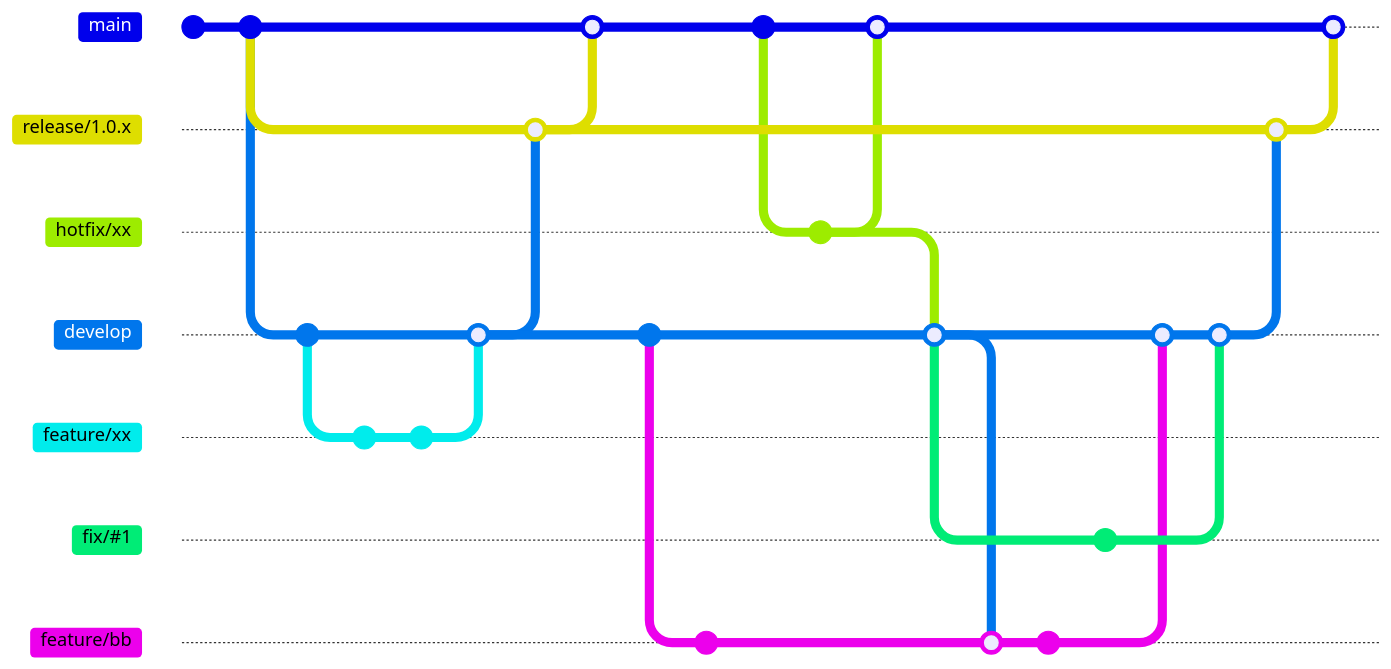
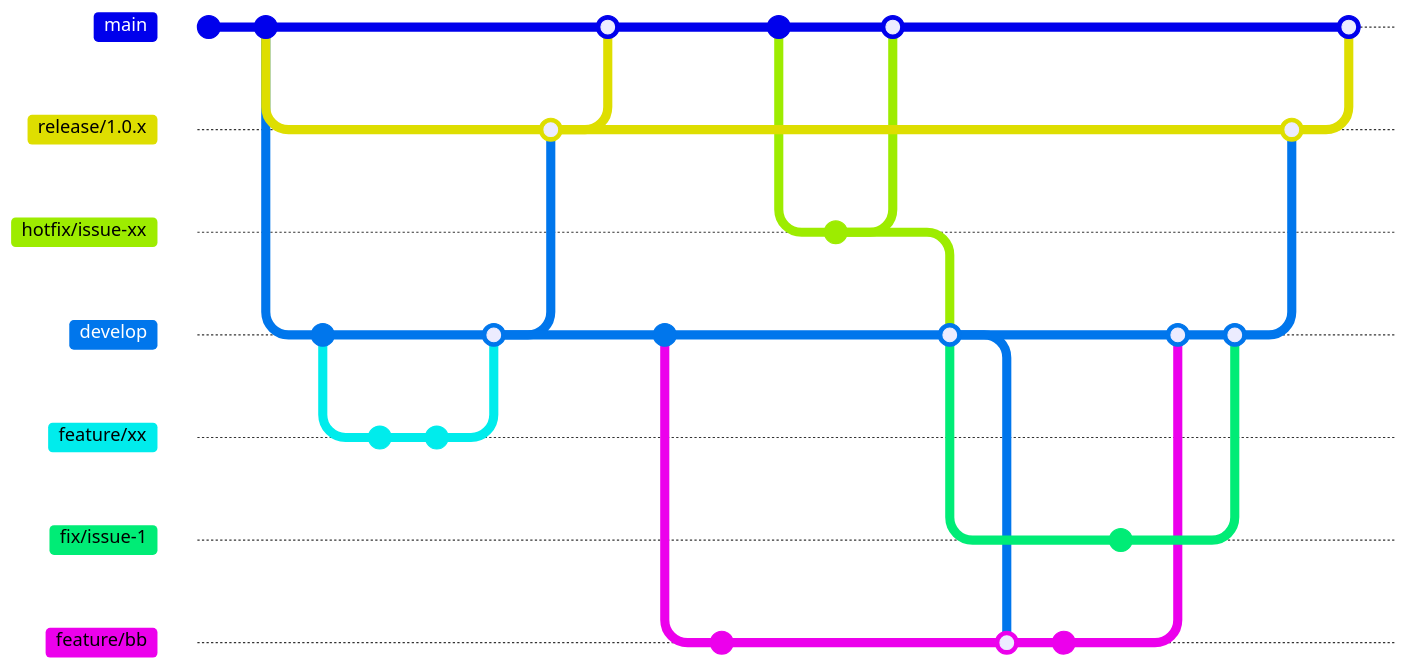
Before and after one commit to naoido/neko-bot: the diagram in README.md, drawn with Mermaid. Commit ids are hidden.

Commit message:
ブランチ命名規則の変更

````diff
--- a/README.md
+++ b/README.md
@@ -4,53 +4,53 @@
 ```mermaid
 %%{init:{
     'gitGraph':{
         'showCommitLabel': false,
         'mainBranchOrder': 0
 }}}%%
 
 gitGraph
     commit
     commit
     branch release/1.0.x
     checkout release/1.0.x
     branch develop order: 1
     checkout develop
     commit
     branch feature/xx order: 2
     checkout feature/xx
     commit
     commit
     checkout develop
     merge feature/xx
     checkout release/1.0.x
     merge develop
     checkout main
     merge release/1.0.x
     checkout develop
     commit
     branch feature/bb order: 4
     checkout feature/bb
     commit
     checkout main
     commit
-    branch hotfix/xx
+    branch hotfix/issue-xx
     commit
     checkout main
-    merge hotfix/xx
+    merge hotfix/issue-xx
     checkout develop
-    merge hotfix/xx
+    merge hotfix/issue-xx
     checkout feature/bb
     merge develop
     commit
     checkout develop
-    branch "fix/#1" order: 3
-    checkout "fix/#1"
+    branch "fix/issue-1" order: 3
+    checkout "fix/issue-1"
     commit
     checkout develop
     merge feature/bb
-    merge "fix/#1"
+    merge "fix/issue-1"
     checkout release/1.0.x
     merge develop
     checkout main
     merge release/1.0.x
 ```
````
